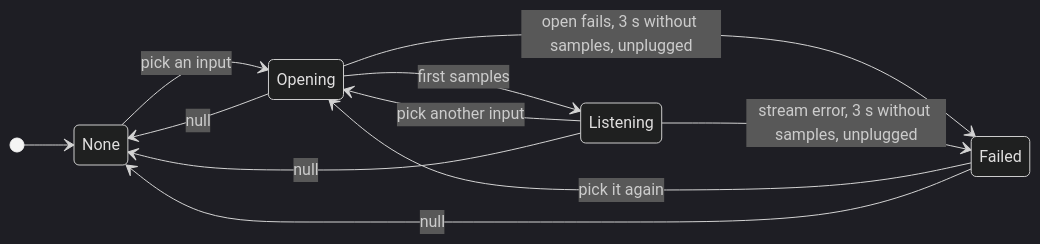
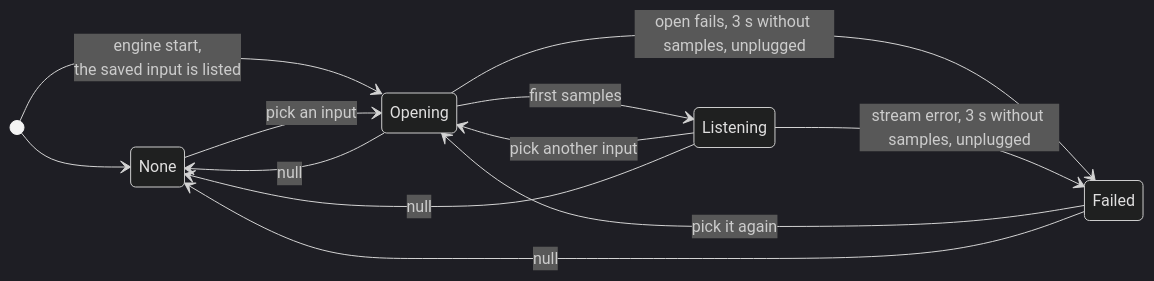
One commit to abossard/bossylights changed the fifth of 9 diagrams in docs/design/tempo-feeds.md. Above: the diagram before and after it, drawn with Mermaid (dark theme). The commit also changed other lines of this file, not shown here.

````diff
--- a/docs/design/tempo-feeds.md
+++ b/docs/design/tempo-feeds.md
@@ -197,14 +217,15 @@
 ```mermaid
 stateDiagram-v2
   direction LR
   [*] --> None
+  [*] --> Opening: engine start,<br/>the saved input is listed
   None --> Opening: pick an input
   Opening --> Listening: first samples
   Opening --> Failed: open fails, 3 s without samples, unplugged
   Listening --> Failed: stream error, 3 s without samples, unplugged
   Listening --> Opening: pick another input
   Failed --> Opening: pick it again
   Opening --> None: null
   Listening --> None: null
   Failed --> None: null
 ```
````
